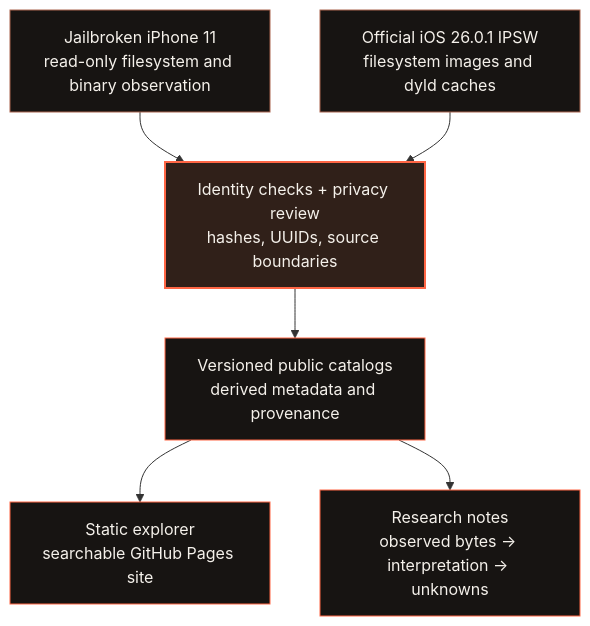
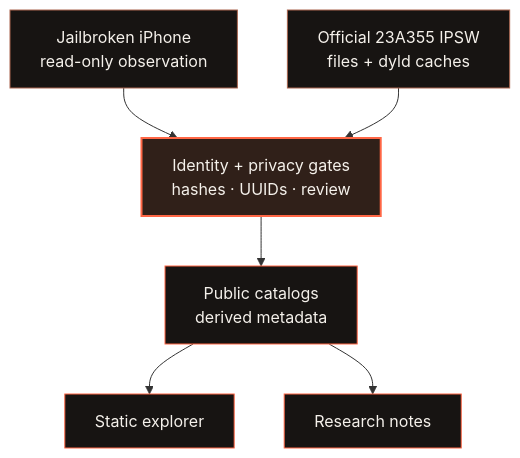
One commit to everettjf/ios-atlas changed the diagram in README.md. Above: the diagram before and after it, drawn with Mermaid.

Commit message:
Tighten README architecture diagram labels

````diff
--- a/README.md
+++ b/README.md
@@ -37,20 +37,20 @@
 ```mermaid
 flowchart TB
-    A["Jailbroken iPhone 11<br/>read-only filesystem and binary observation"]
-    B["Official iOS 26.0.1 IPSW<br/>filesystem images and dyld caches"]
-    C["Identity checks + privacy review<br/>hashes, UUIDs, source boundaries"]
-    D["Versioned public catalogs<br/>derived metadata and provenance"]
-    E["Static explorer<br/>searchable GitHub Pages site"]
-    F["Research notes<br/>observed bytes → interpretation → unknowns"]
+    A["Jailbroken iPhone<br/>read-only observation"]
+    B["Official 23A355 IPSW<br/>files + dyld caches"]
+    C["Identity + privacy gates<br/>hashes · UUIDs · review"]
+    D["Public catalogs<br/>derived metadata"]
+    E["Static explorer"]
+    F["Research notes"]
     A --> C
     B --> C
     C --> D
     D --> E
     D --> F
     classDef input fill:#171412,stroke:#a9654e,color:#f5f1eb,stroke-width:1px;
     classDef gate fill:#302019,stroke:#ff6645,color:#f5f1eb,stroke-width:2px;
     classDef output fill:#171412,stroke:#ff6645,color:#f5f1eb,stroke-width:1px;
     class A,B input;
     class C gate;
     class D,E,F output;
 ```
````
